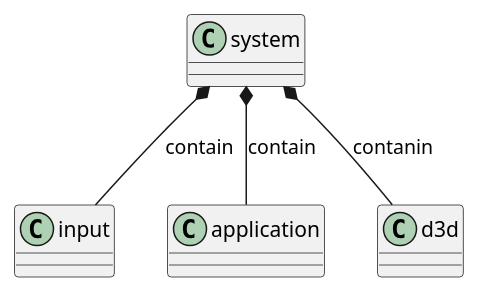
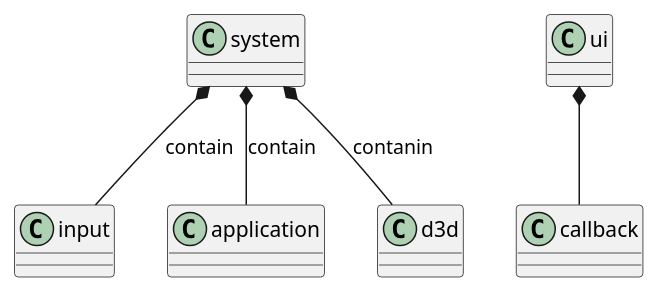
One commit to agagtmdtlr/StudyDirectX changed the diagram in class-diagram.puml. Above: the diagram before and after it, drawn with PlantUML. The commit also changed 24 other files, not shown here.

```diff
--- a/class-diagram.puml
+++ b/class-diagram.puml
@@ -1,12 +1,18 @@
 @startuml
 'https://plantuml.com/class-diagram
 
 class system
 class input
 class application
 class d3d
 
+class ui
+class callback
+
 system *-- input : contain
 system *-- application : contain
 system *-- d3d : contanin
+
+ui *-- callback
+
 @enduml
```
